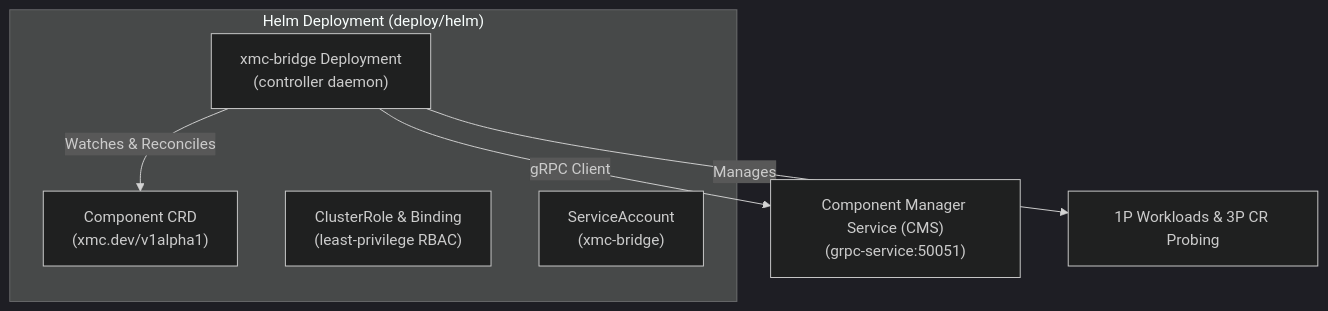
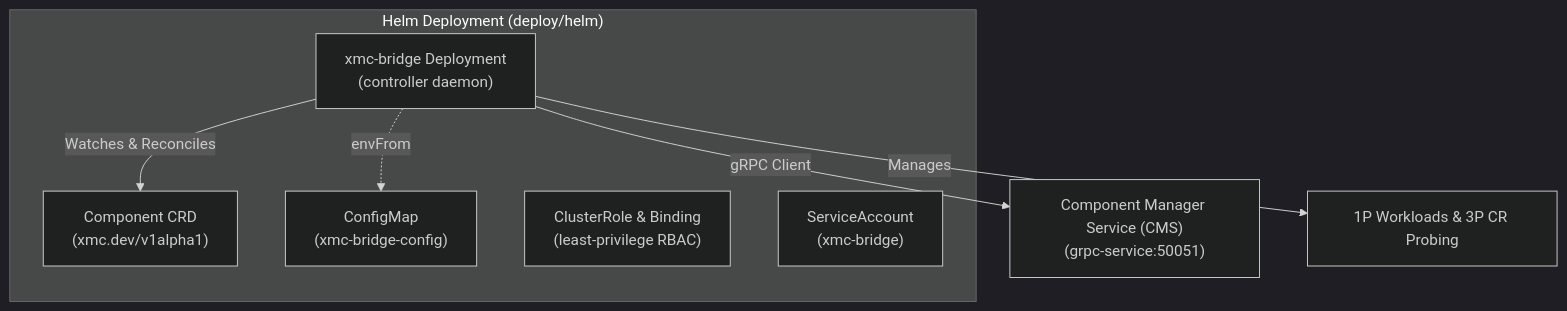
Before and after one commit to google/xmc: the diagram in deploy/helm/templates/components/README.md, drawn with Mermaid (dark theme). The commit also changed 4 other files, not shown here.

Commit message:
feat(helm): adopt ConfigMap standard for xmc-bridge and support env var fallbacks

````diff
--- a/deploy/helm/templates/components/README.md
+++ b/deploy/helm/templates/components/README.md
@@ -9,13 +9,15 @@
 ```mermaid
 graph TD
     subgraph Helm["Helm Deployment (deploy/helm)"]
         CRD["Component CRD<br>(xmc.dev/v1alpha1)"]
         Deploy["xmc-bridge Deployment<br>(controller daemon)"]
+        CM["ConfigMap<br>(xmc-bridge-config)"]
         RBAC["ClusterRole & Binding<br>(least-privilege RBAC)"]
         SA["ServiceAccount<br>(xmc-bridge)"]
     end
+    Deploy -.->|"envFrom"| CM
 
     Deploy -->|"Watches & Reconciles"| CRD
     Deploy -->|"gRPC Client"| CMS["Component Manager Service (CMS)<br>(grpc-service:50051)"]
     Deploy -->|"Manages"| Workloads["1P Workloads & 3P CR Probing"]
 ```
````
